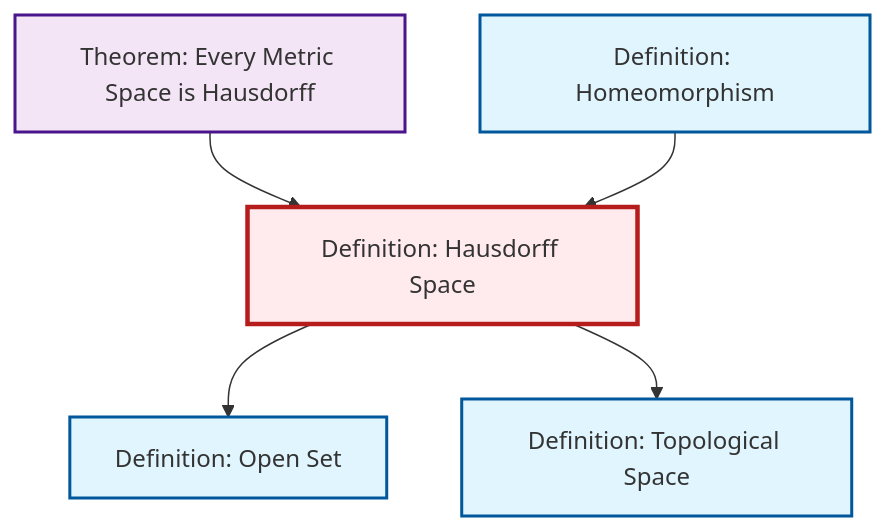
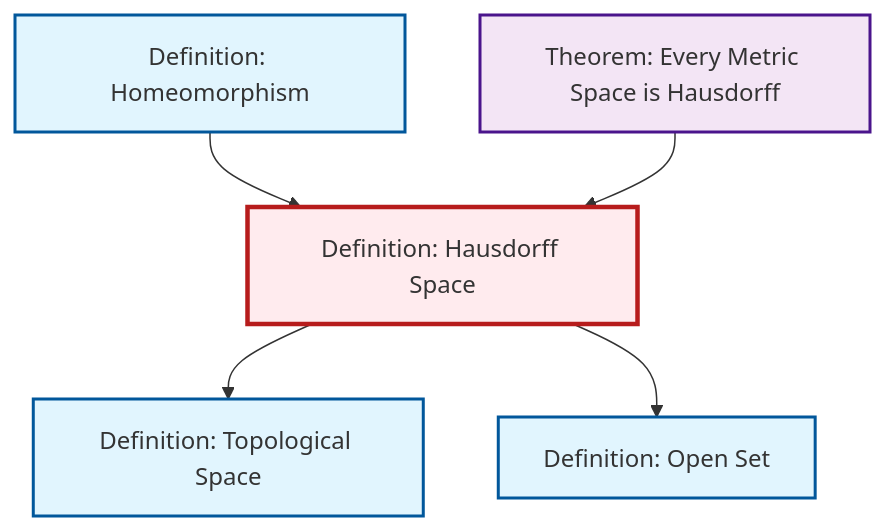
Before and after one commit to RK0429/ModernMath: the diagram in content/en/topology/def-hausdorff.qmd, drawn with Mermaid. The commit also changed other lines of this file and 581 other files, not shown here.

````diff
--- a/content/en/topology/def-hausdorff.qmd
+++ b/content/en/topology/def-hausdorff.qmd
@@ -53,23 +53,23 @@
 ```{mermaid}
 %%| fig-cap: "Local dependency graph"
 graph TD
     classDef definition fill:#e1f5fe,stroke:#01579b,stroke-width:2px
     classDef theorem fill:#f3e5f5,stroke:#4a148c,stroke-width:2px
     classDef axiom fill:#fff3e0,stroke:#e65100,stroke-width:2px
     classDef example fill:#e8f5e9,stroke:#1b5e20,stroke-width:2px
     classDef current fill:#ffebee,stroke:#b71c1c,stroke-width:3px
-    thm-metric-hausdorff["Theorem: Every Metric Space is Hausdorff"]:::theorem
     def-hausdorff["Definition: Hausdorff Space"]:::definition
     def-open-set["Definition: Open Set"]:::definition
+    thm-metric-hausdorff["Theorem: Every Metric Space is Hausdorff"]:::theorem
     def-topological-space["Definition: Topological Space"]:::definition
     def-homeomorphism["Definition: Homeomorphism"]:::definition
+    def-hausdorff --> def-topological-space
+    def-homeomorphism --> def-hausdorff
     def-hausdorff --> def-open-set
-    def-hausdorff --> def-topological-space
     thm-metric-hausdorff --> def-hausdorff
-    def-homeomorphism --> def-hausdorff
     class def-hausdorff current
+    click def-open-set "def-open-set.html" "Go to Open Set definition"
     click thm-metric-hausdorff "thm-metric-hausdorff.html" "Go to Every Metric Space is Hausdorff theorem"
-    click def-open-set "def-open-set.html" "Go to Open Set definition"
     click def-topological-space "def-topological-space.html" "Go to Topological Space definition"
     click def-homeomorphism "def-homeomorphism.html" "Go to Homeomorphism definition"
 ```
````
